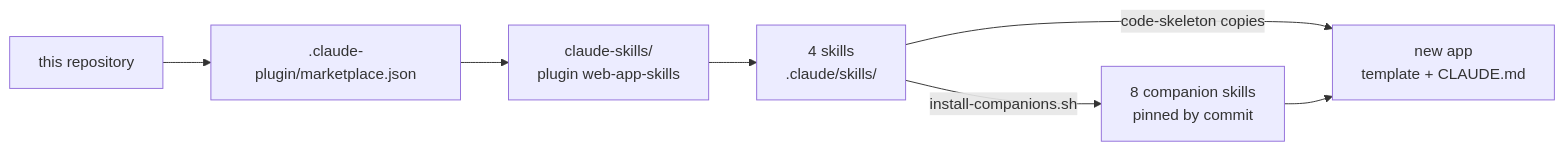
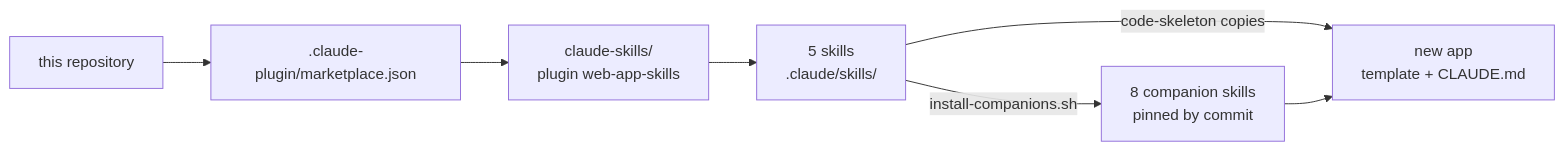
One commit to loiphan-agilityio/web-dev-plugin changed the first of 3 diagrams in DESIGN.md. Above: the diagram before and after it, drawn with Mermaid. The commit also changed other lines of this file and 13 other files, not shown here.

First line of the commit message:
feat(claude-skills): build-app, a whole app from one description (0.2.0)

````diff
--- a/DESIGN.md
+++ b/DESIGN.md
@@ -8,9 +8,9 @@
 ```mermaid
 flowchart LR
   repo["this repository"] --> mkt[".claude-plugin/marketplace.json"]
   mkt --> plugin["claude-skills/<br/>plugin web-app-skills"]
-  plugin --> skills["4 skills<br/>.claude/skills/"]
+  plugin --> skills["5 skills<br/>.claude/skills/"]
   skills -->|code-skeleton copies| app["new app<br/>template + CLAUDE.md"]
   skills -->|install-companions.sh| comp["8 companion skills<br/>pinned by commit"]
   comp --> app
 ```
````
